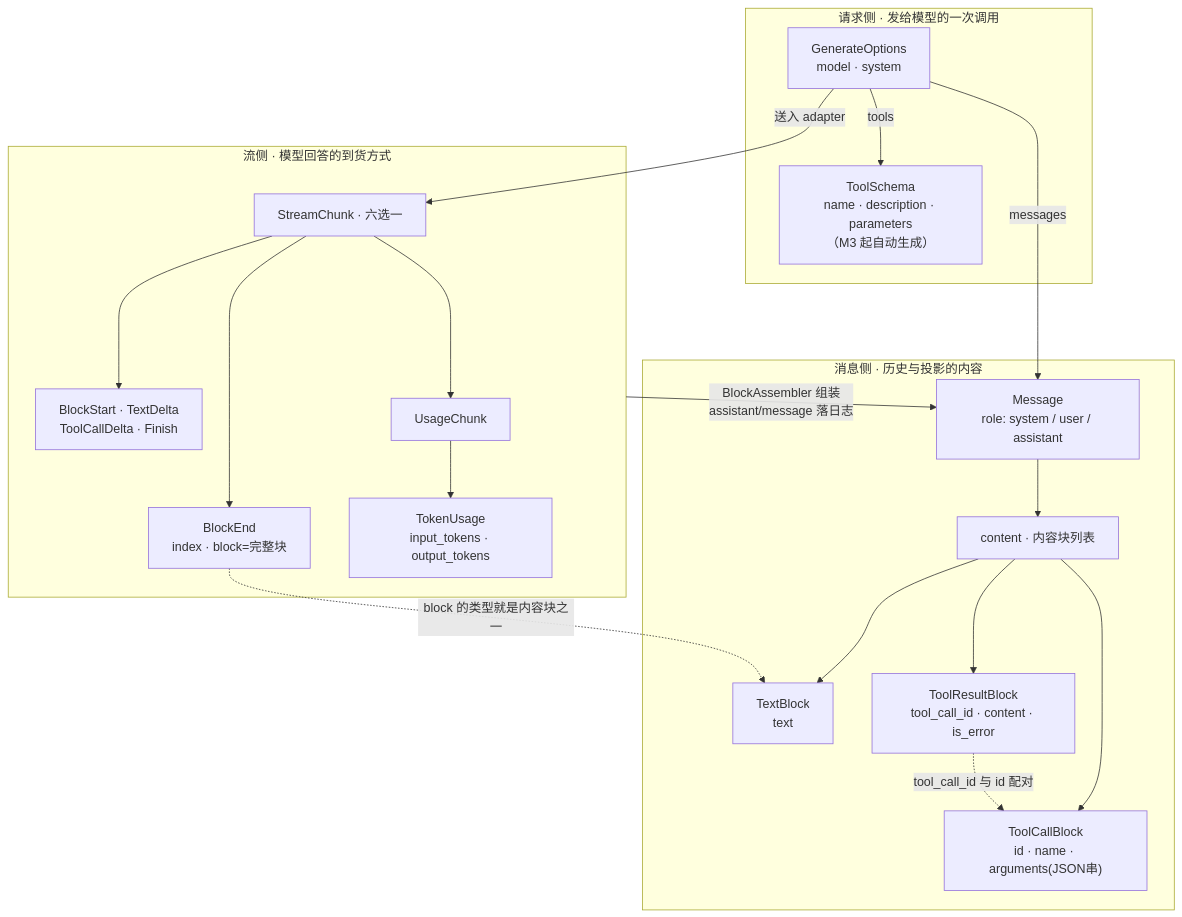
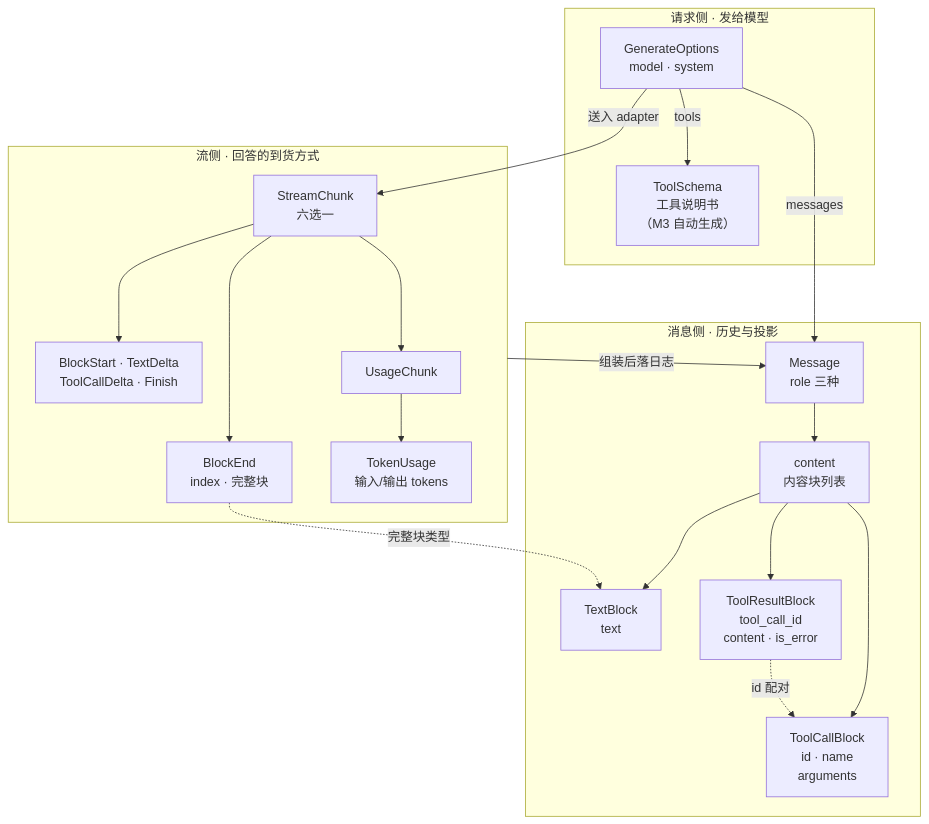
The third of 3 diagrams in notes/00-总览与设计.md (jesongit/learn-dsh), drawn with Mermaid before and after one commit.

Commit message:
docs(00): 词汇地图标签收紧防截断（细节移正文/图旁）

````diff
--- a/notes/00-总览与设计.md
+++ b/notes/00-总览与设计.md
@@ -144,38 +144,38 @@
 ```mermaid
 %%{init: {"fontFamily": "Microsoft YaHei"}}%%
 flowchart TB
-    subgraph REQ["请求侧 · 发给模型的一次调用"]
+    subgraph REQ["请求侧 · 发给模型"]
         OPT["GenerateOptions<br/>model · system"]
-        TS["ToolSchema<br/>name · description · parameters<br/>（M3 起自动生成）"]
+        TS["ToolSchema<br/>工具说明书<br/>（M3 自动生成）"]
     end
-    subgraph MSG["消息侧 · 历史与投影的内容"]
-        M["Message<br/>role: system / user / assistant"]
-        CB["content · 内容块列表"]
+    subgraph MSG["消息侧 · 历史与投影"]
+        M["Message<br/>role 三种"]
+        CB["content<br/>内容块列表"]
         T1["TextBlock<br/>text"]
-        T2["ToolCallBlock<br/>id · name · arguments(JSON串)"]
-        T3["ToolResultBlock<br/>tool_call_id · content · is_error"]
+        T2["ToolCallBlock<br/>id · name<br/>arguments"]
+        T3["ToolResultBlock<br/>tool_call_id<br/>content · is_error"]
     end
-    subgraph STREAM["流侧 · 模型回答的到货方式"]
-        SC["StreamChunk · 六选一"]
+    subgraph STREAM["流侧 · 回答的到货方式"]
+        SC["StreamChunk<br/>六选一"]
         BS["BlockStart · TextDelta<br/>ToolCallDelta · Finish"]
-        BE["BlockEnd<br/>index · block=完整块"]
+        BE["BlockEnd<br/>index · 完整块"]
         UC["UsageChunk"]
-        TU["TokenUsage<br/>input_tokens · output_tokens"]
+        TU["TokenUsage<br/>输入/输出 tokens"]
     end
 
     OPT -- "messages" --> M
     OPT -- "tools" --> TS
     M --> CB
     CB --> T1
     CB --> T2
     CB --> T3
-    T3 -. "tool_call_id 与 id 配对" .-> T2
+    T3 -. "id 配对" .-> T2
 
     OPT -- "送入 adapter" --> SC
     SC --> BS
     SC --> BE
     SC --> UC
     UC --> TU
-    BE -. "block 的类型就是内容块之一" .-> T1
-    STREAM -- "BlockAssembler 组装<br/>assistant/message 落日志" --> M
+    BE -. "完整块类型" .-> T1
+    STREAM -- "组装后落日志" --> M
 ```
````
